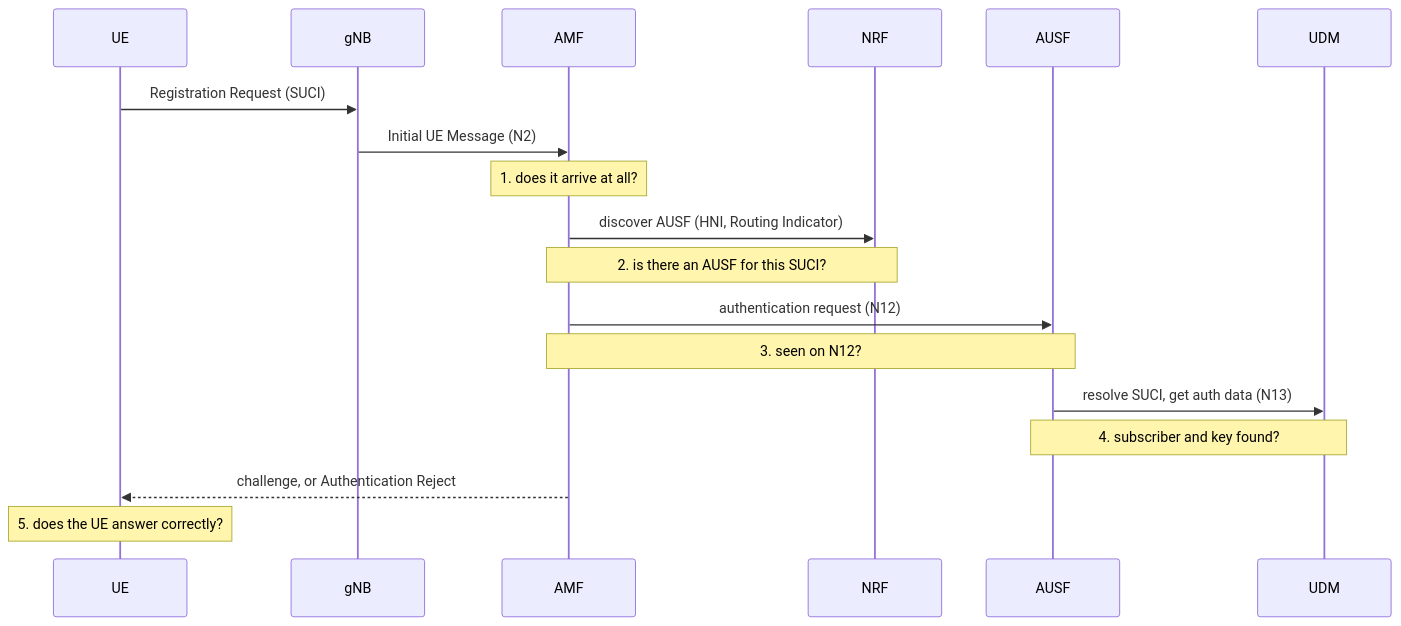
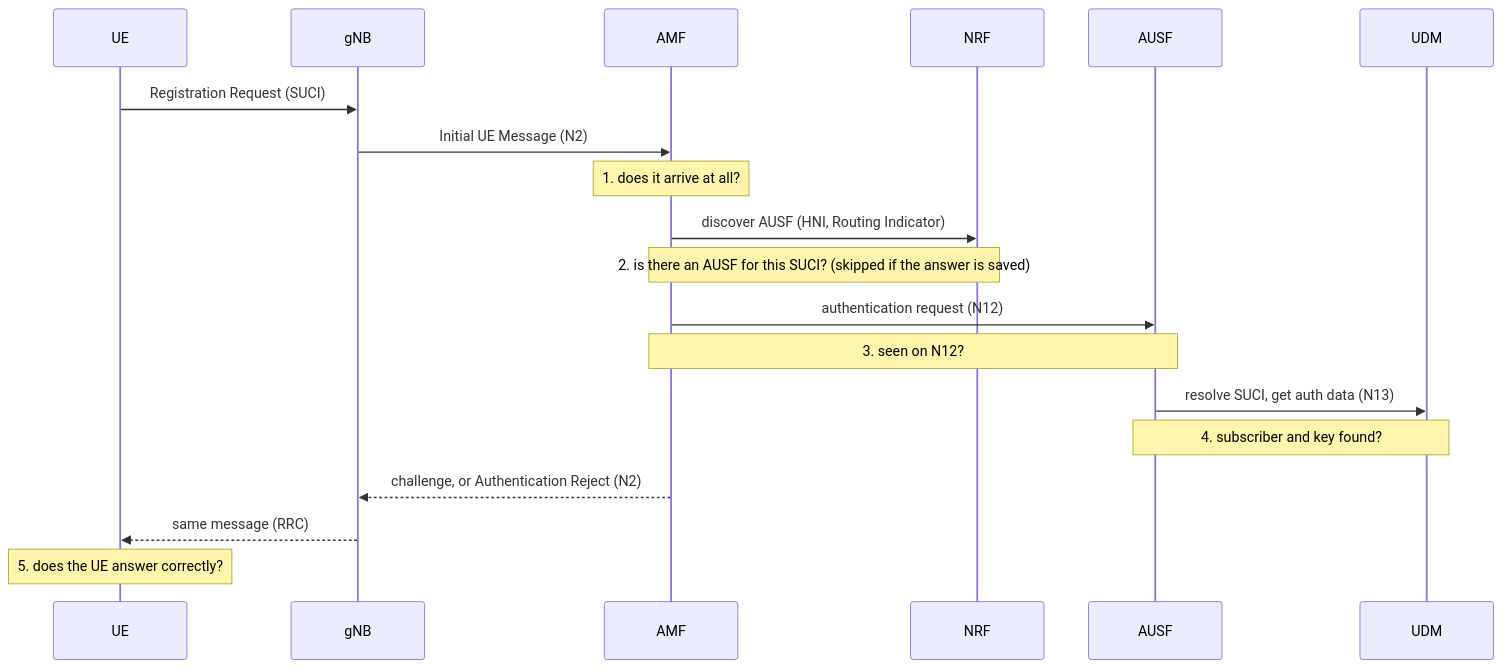
The first of 2 diagrams in docs/01-5g-registration/scenarios/subset-cannot-register.md (jdjagustin/telco-core-explained), drawn with Mermaid before and after one commit. The commit also changed other lines of this file and 5 other files, not shown here.

First line of the commit message:
Fix overstated claims and diagram inaccuracies found in a content review

````diff
--- a/docs/01-5g-registration/scenarios/subset-cannot-register.md
+++ b/docs/01-5g-registration/scenarios/subset-cannot-register.md
@@ -27,20 +27,21 @@
 ```mermaid
 sequenceDiagram
     participant UE
     participant gNB
     participant AMF
     participant NRF
     participant AUSF
     participant UDM
     UE->>gNB: Registration Request (SUCI)
     gNB->>AMF: Initial UE Message (N2)
     Note over AMF: 1. does it arrive at all?
     AMF->>NRF: discover AUSF (HNI, Routing Indicator)
-    Note over AMF,NRF: 2. is there an AUSF for this SUCI?
+    Note over AMF,NRF: 2. is there an AUSF for this SUCI? (skipped if the answer is saved)
     AMF->>AUSF: authentication request (N12)
     Note over AMF,AUSF: 3. seen on N12?
     AUSF->>UDM: resolve SUCI, get auth data (N13)
     Note over AUSF,UDM: 4. subscriber and key found?
-    AMF-->>UE: challenge, or Authentication Reject
+    AMF-->>gNB: challenge, or Authentication Reject (N2)
+    gNB-->>UE: same message (RRC)
     Note over UE: 5. does the UE answer correctly?
 ```
````
